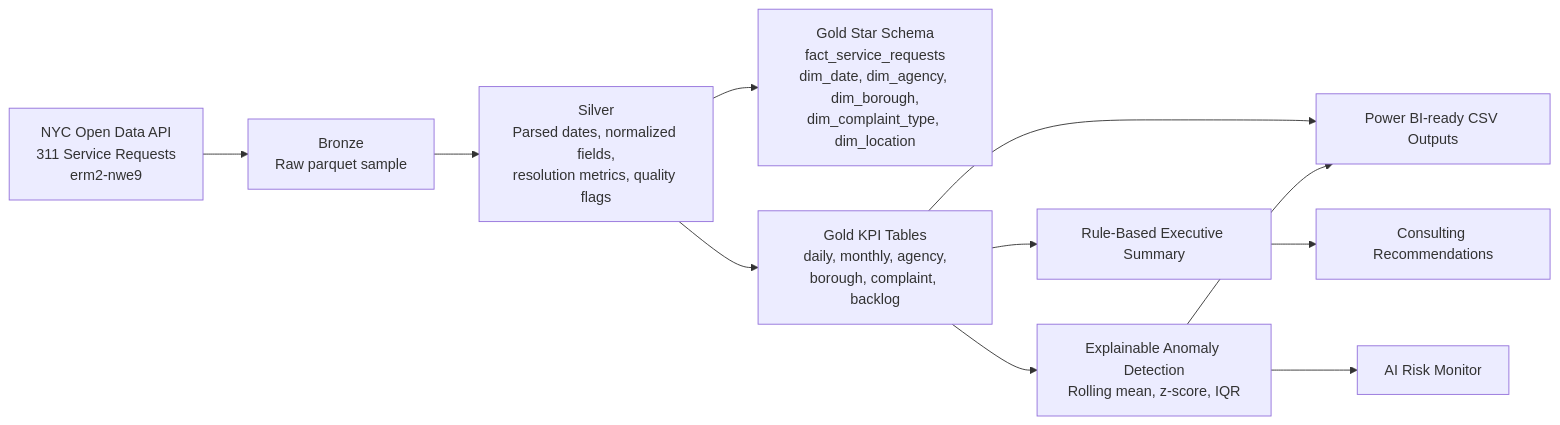
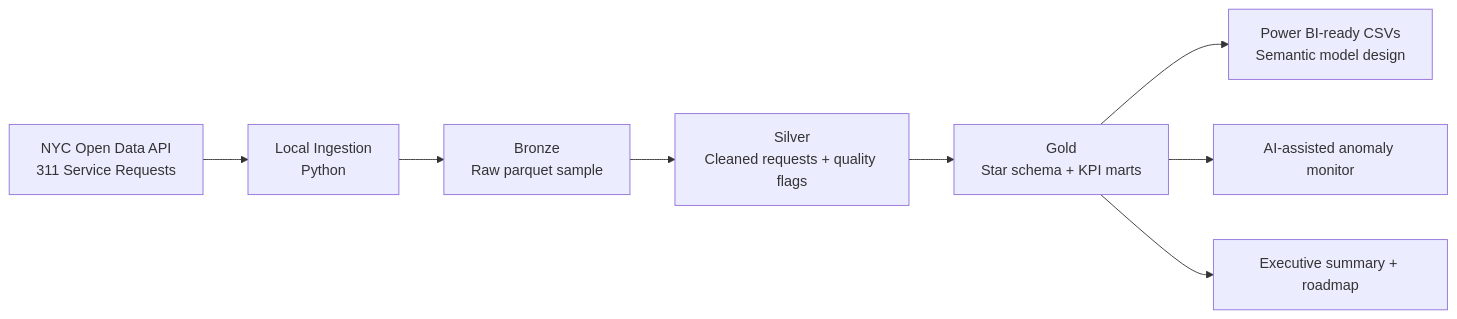
One commit to bobaoxu2001/nyc-311-service-intelligence-platform changed the diagram in README.md. Above: the diagram before and after it, drawn with Mermaid. The commit also changed other lines of this file and 15 other files, not shown here.

````diff
--- a/README.md
+++ b/README.md
@@ -64,13 +35,10 @@
 ```mermaid
 flowchart LR
-    A["NYC Open Data API<br/>311 Service Requests<br/>erm2-nwe9"] --> B["Bronze<br/>Raw parquet sample"]
-    B --> C["Silver<br/>Parsed dates, normalized fields,<br/>resolution metrics, quality flags"]
-    C --> D["Gold Star Schema<br/>fact_service_requests<br/>dim_date, dim_agency, dim_borough,<br/>dim_complaint_type, dim_location"]
-    C --> E["Gold KPI Tables<br/>daily, monthly, agency,<br/>borough, complaint, backlog"]
-    E --> F["Power BI-ready CSV Outputs"]
-    E --> G["Rule-Based Executive Summary"]
-    E --> H["Explainable Anomaly Detection<br/>Rolling mean, z-score, IQR"]
-    H --> F
-    H --> I["AI Risk Monitor"]
-    G --> J["Consulting Recommendations"]
+    A["NYC Open Data API<br/>311 Service Requests"] --> B["Local Ingestion<br/>Python"]
+    B --> C["Bronze<br/>Raw parquet sample"]
+    C --> D["Silver<br/>Cleaned requests + quality flags"]
+    D --> E["Gold<br/>Star schema + KPI marts"]
+    E --> F["Power BI-ready CSVs<br/>Semantic model design"]
+    E --> G["AI-assisted anomaly monitor"]
+    E --> H["Executive summary + roadmap"]
 ```
````
